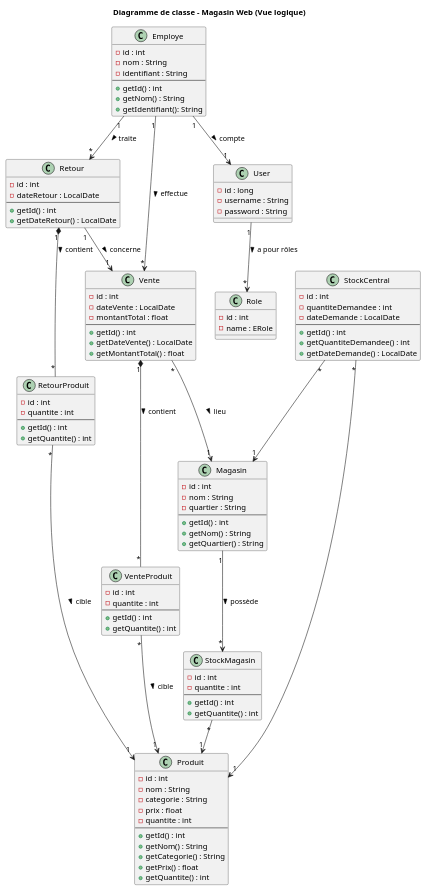
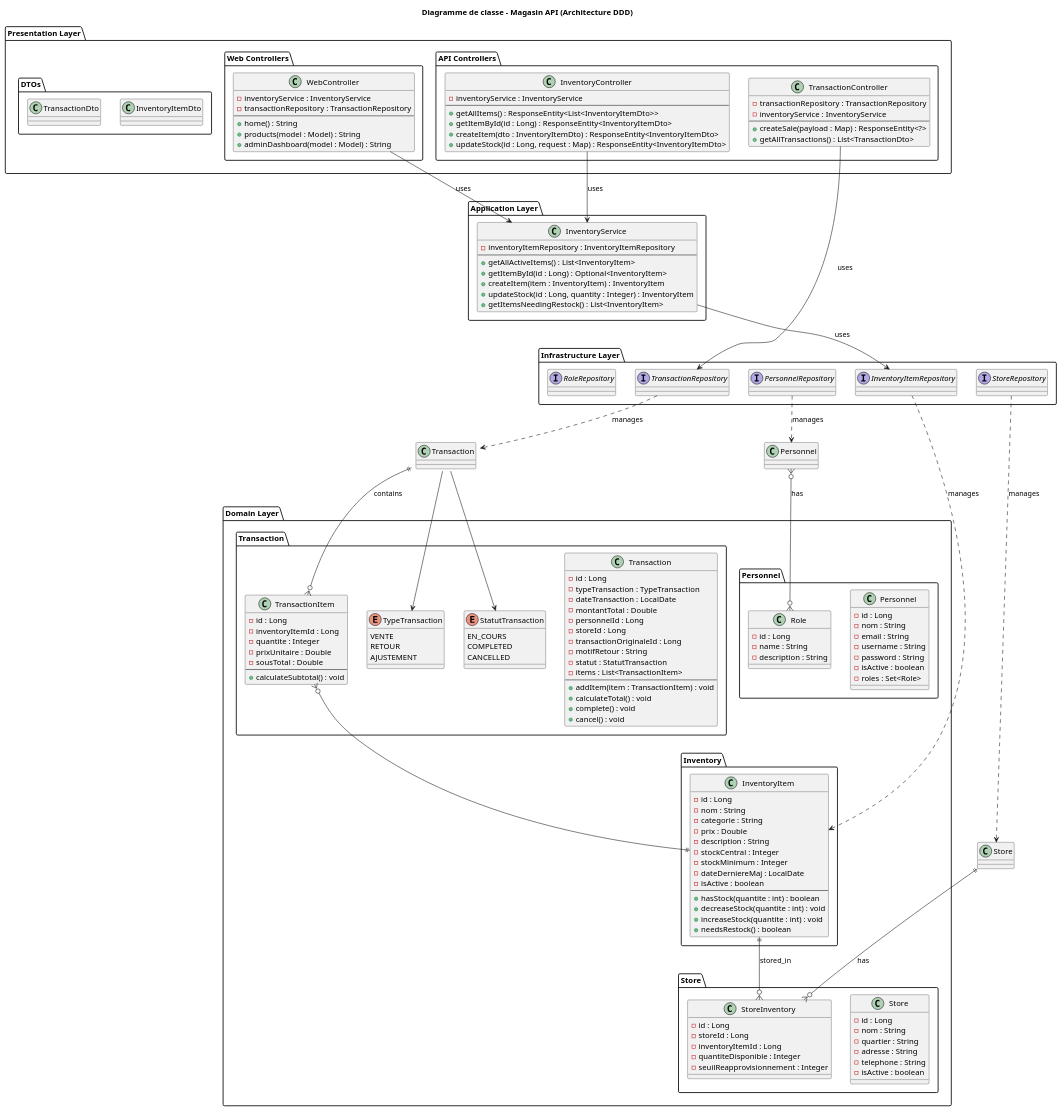
One commit to SlitherinSnake/tp0-1-2-log430 changed the diagram in docs/diagrams/dcl.puml. Above: the diagram before and after it, drawn with PlantUML. The commit also changed 6 other files, not shown here.

Commit message:
Update diagram

```diff
--- a/docs/diagrams/dcl.puml
+++ b/docs/diagrams/dcl.puml
@@ -1,142 +1,186 @@
 @startuml
-title Diagramme de classe - Magasin Web (Vue logique)
+title Diagramme de classe - Magasin API (Architecture DDD)
 
-' === Entités principales ===
+' === Couche Domain ===
+package "Domain Layer" {
+  
+  package "Inventory" {
+    class InventoryItem {
+      - id : Long
+      - nom : String
+      - categorie : String
+      - prix : Double
+      - description : String
+      - stockCentral : Integer
+      - stockMinimum : Integer
+      - dateDerniereMaj : LocalDate
+      - isActive : boolean
+      --
+      + hasStock(quantite : int) : boolean
+      + decreaseStock(quantite : int) : void
+      + increaseStock(quantite : int) : void
+      + needsRestock() : boolean
+    }
+  }
 
-class Employe {
-  - id : int
-  - nom : String
-  - identifiant : String
-  --
-  + getId() : int
-  + getNom() : String
-  + getIdentifiant(): String
+  package "Transaction" {
+    class Transaction {
+      - id : Long
+      - typeTransaction : TypeTransaction
+      - dateTransaction : LocalDate
+      - montantTotal : Double
+      - personnelId : Long
+      - storeId : Long
+      - transactionOriginaleId : Long
+      - motifRetour : String
+      - statut : StatutTransaction
+      - items : List<TransactionItem>
+      --
+      + addItem(item : TransactionItem) : void
+      + calculateTotal() : void
+      + complete() : void
+      + cancel() : void
+    }
+
+    class TransactionItem {
+      - id : Long
+      - inventoryItemId : Long
+      - quantite : Integer
+      - prixUnitaire : Double
+      - sousTotal : Double
+      --
+      + calculateSubtotal() : void
+    }
+
+    enum TypeTransaction {
+      VENTE
+      RETOUR
+      AJUSTEMENT
+    }
+
+    enum StatutTransaction {
+      EN_COURS
+      COMPLETED
+      CANCELLED
+    }
+  }
+
+  package "Store" {
+    class Store {
+      - id : Long
+      - nom : String
+      - quartier : String
+      - adresse : String
+      - telephone : String
+      - isActive : boolean
+    }
+
+    class StoreInventory {
+      - id : Long
+      - storeId : Long
+      - inventoryItemId : Long
+      - quantiteDisponible : Integer
+      - seuilReapprovisionnement : Integer
+    }
+  }
+
+  package "Personnel" {
+    class Personnel {
+      - id : Long
+      - nom : String
+      - email : String
+      - username : String
+      - password : String
+      - isActive : boolean
+      - roles : Set<Role>
+    }
+
+    class Role {
+      - id : Long
+      - name : String
+      - description : String
+    }
+  }
 }
 
-class Magasin {
-  - id : int
-  - nom : String
-  - quartier : String
-  --
-  + getId() : int
-  + getNom() : String
-  + getQuartier() : String
+' === Couche Application ===
+package "Application Layer" {
+  class InventoryService {
+    - inventoryItemRepository : InventoryItemRepository
+    --
+    + getAllActiveItems() : List<InventoryItem>
+    + getItemById(id : Long) : Optional<InventoryItem>
+    + createItem(item : InventoryItem) : InventoryItem
+    + updateStock(id : Long, quantity : Integer) : InventoryItem
+    + getItemsNeedingRestock() : List<InventoryItem>
+  }
 }
 
-class Produit {
-  - id : int
-  - nom : String
-  - categorie : String
-  - prix : float
-  - quantite : int
-  --
-  + getId() : int
-  + getNom() : String
-  + getCategorie() : String
-  + getPrix() : float
-  + getQuantite() : int
+' === Couche Infrastructure ===
+package "Infrastructure Layer" {
+  interface InventoryItemRepository
+  interface TransactionRepository
+  interface StoreRepository
+  interface PersonnelRepository
+  interface RoleRepository
 }
 
-class Vente {
-  - id : int
-  - dateVente : LocalDate
-  - montantTotal : float
-  --
-  + getId() : int
-  + getDateVente() : LocalDate
-  + getMontantTotal() : float
+' === Couche Presentation ===
+package "Presentation Layer" {
+  
+  package "API Controllers" {
+    class InventoryController {
+      - inventoryService : InventoryService
+      --
+      + getAllItems() : ResponseEntity<List<InventoryItemDto>>
+      + getItemById(id : Long) : ResponseEntity<InventoryItemDto>
+      + createItem(dto : InventoryItemDto) : ResponseEntity<InventoryItemDto>
+      + updateStock(id : Long, request : Map) : ResponseEntity<InventoryItemDto>
+    }
+
+    class TransactionController {
+      - transactionRepository : TransactionRepository
+      - inventoryService : InventoryService
+      --
+      + createSale(payload : Map) : ResponseEntity<?>
+      + getAllTransactions() : List<TransactionDto>
+    }
+  }
+
+  package "Web Controllers" {
+    class WebController {
+      - inventoryService : InventoryService
+      - transactionRepository : TransactionRepository
+      --
+      + home() : String
+      + products(model : Model) : String
+      + adminDashboard(model : Model) : String
+    }
+  }
+
+  package "DTOs" {
+    class InventoryItemDto
+    class TransactionDto
+  }
 }
 
-class VenteProduit {
-  - id : int
-  - quantite : int
-  --
-  + getId() : int
-  + getQuantite() : int
-}
+' === Relations ===
+Transaction ||--o{ TransactionItem : contains
+Transaction::typeTransaction --> TypeTransaction
+Transaction::statut --> StatutTransaction
+TransactionItem }o--|| InventoryItem
+Store ||--o{ StoreInventory : has
+InventoryItem ||--o{ StoreInventory : stored_in
+Personnel }o--o{ Role : has
 
-class Retour {
-  - id : int
-  - dateRetour : LocalDate
-  --
-  + getId() : int
-  + getDateRetour() : LocalDate
-}
+InventoryService --> InventoryItemRepository : uses
+InventoryController --> InventoryService : uses
+TransactionController --> TransactionRepository : uses
+WebController --> InventoryService : uses
 
-class RetourProduit {
-  - id : int
-  - quantite : int
-  --
-  + getId() : int
-  + getQuantite() : int
-}
-
-class StockMagasin {
-  - id : int
-  - quantite : int
-  --
-  + getId() : int
-  + getQuantite() : int
-}
-
-class StockCentral {
-  - id : int
-  - quantiteDemandee : int
-  - dateDemande : LocalDate
-  --
-  + getId() : int
-  + getQuantiteDemandee() : int
-  + getDateDemande() : LocalDate
-}
-
-class User {
-  - id : long
-  - username : String
-  - password : String
-}
-
-class Role {
-  - id : int
-  - name : ERole
-}
-
-' === Relations de base ===
-
-' Employé réalise ventes et retours
-Employe "1" --> "*" Vente : effectue >
-Employe "1" --> "*" Retour : traite >
-
-' Vente liée à un magasin
-Vente "*" --> "1" Magasin : lieu >
-
-' Retour lié à une vente
-Retour "1" --> "1" Vente : concerne >
-
-' Vente *-- VenteProduit (composition)
-Vente "1" *-- "*" VenteProduit : contient >
-
-' Retour *-- RetourProduit (composition)
-Retour "1" *-- "*" RetourProduit : contient >
-
-' Lignes de vente/retour concernent un produit
-VenteProduit "*" --> "1" Produit : cible >
-RetourProduit "*" --> "1" Produit : cible >
-
-' Magasin a un stock local
-Magasin "1" --> "*" StockMagasin : possède >
-
-' Produit présent dans stock local
-StockMagasin "*" --> "1" Produit
-
-' Stock central : une demande associe un produit à un magasin
-StockCentral "*" --> "1" Produit
-StockCentral "*" --> "1" Magasin
-
-' Many-to-Many User ↔ Role
-User "1" --> "*" Role : a pour rôles >
-
-' (Optionnel) Employé possède un User
-Employe "1" --> "1" User : compte >
-
+InventoryItemRepository ..> InventoryItem : manages
+TransactionRepository ..> Transaction : manages
+StoreRepository ..> Store : manages
+PersonnelRepository ..> Personnel : manages
 
 @enduml
```
